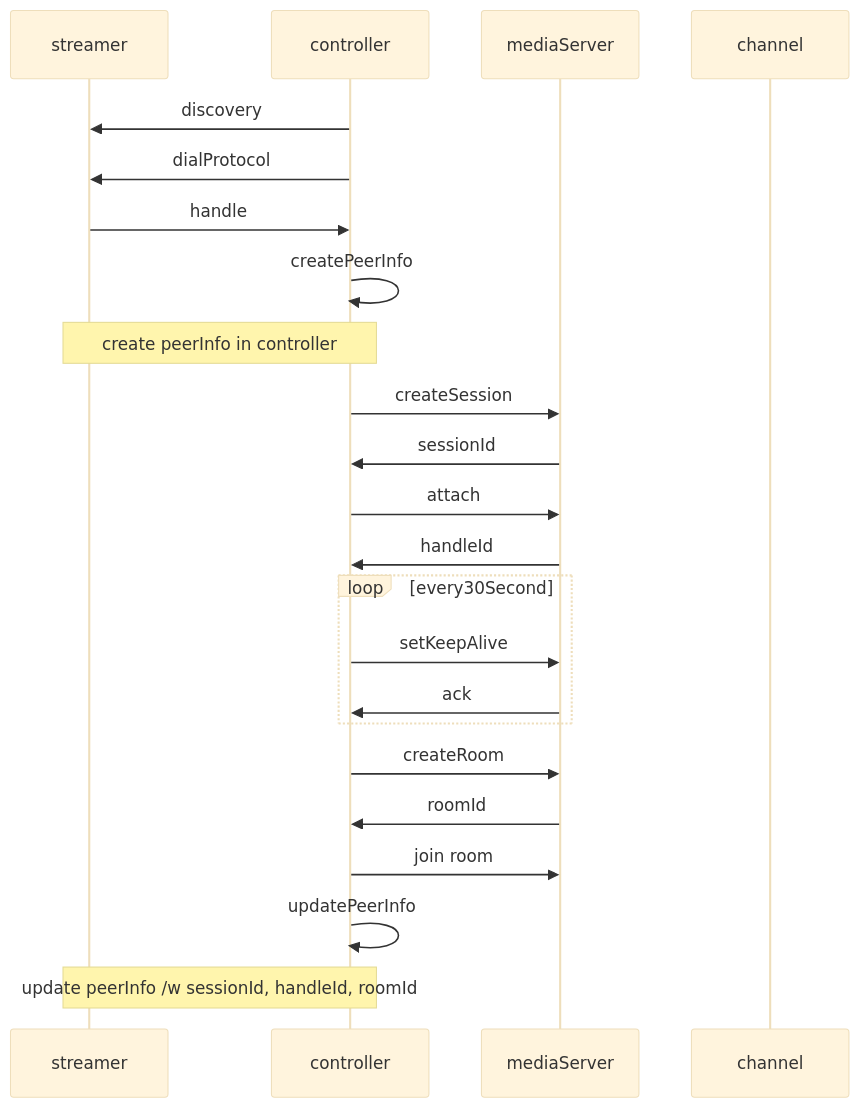
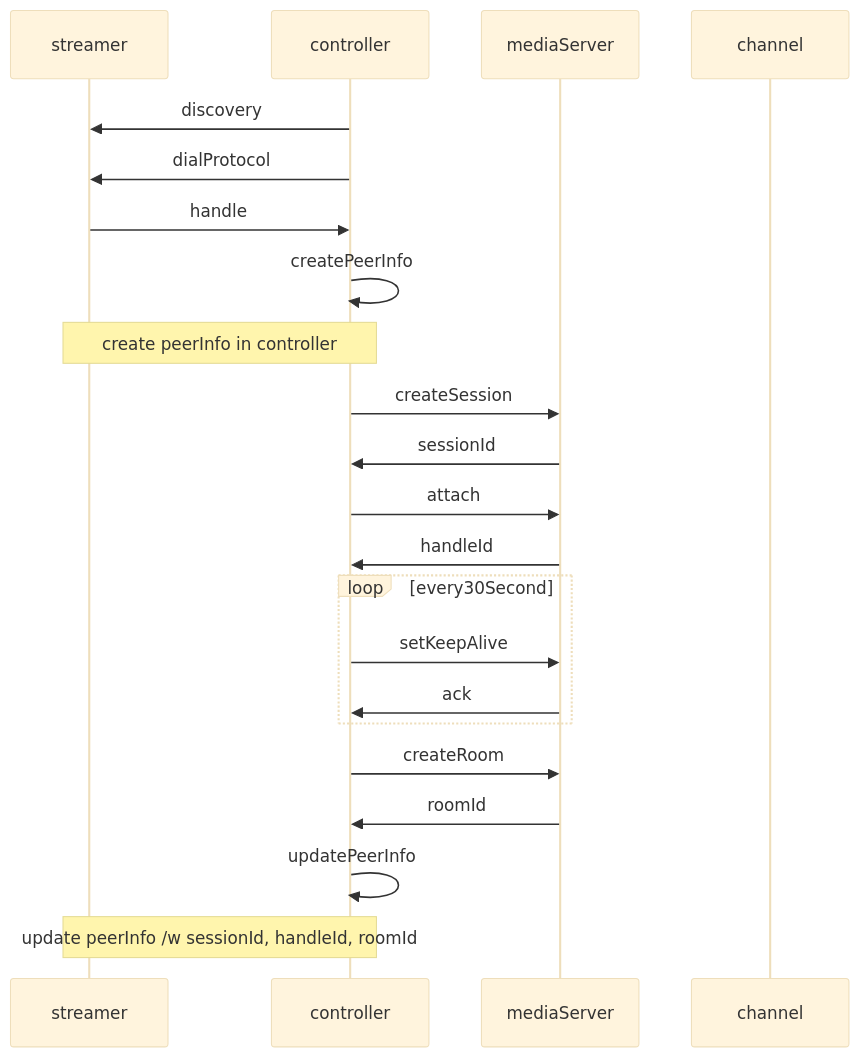
One commit to castonetwork/minimvp_channel changed the first of 3 diagrams in README.md. Above: the diagram before and after it, drawn with Mermaid (base theme). The commit also changed other lines of this file and 1 other file, not shown here.

Commit message:
fix: fix a joinRoom mandatory error (ptype) * update publisherId when publisher joined a room. * fix jsep when answered

````diff
--- a/README.md
+++ b/README.md
@@ -41,26 +41,25 @@
 ```mermaid
 sequenceDiagram
   participant st as streamer
   participant ct as controller
   participant ms as mediaServer
   participant ch as channel
   ct->>st: discovery
   ct->>st: dialProtocol
   st->>ct: handle
   ct->>ct: createPeerInfo  
   Note over st, ct: create peerInfo in controller
   ct->>ms: createSession
   ms->>ct: sessionId
   ct->>ms: attach
   ms->>ct: handleId
   loop every30Second
   ct->>ms: setKeepAlive
   ms->>ct: ack
   end
   ct->>ms:createRoom
   ms->>ct:roomId
-  ct->>ms:join room
   ct->>ct:updatePeerInfo
   Note over st, ct: update peerInfo /w sessionId, handleId, roomId
   
 ```
````
